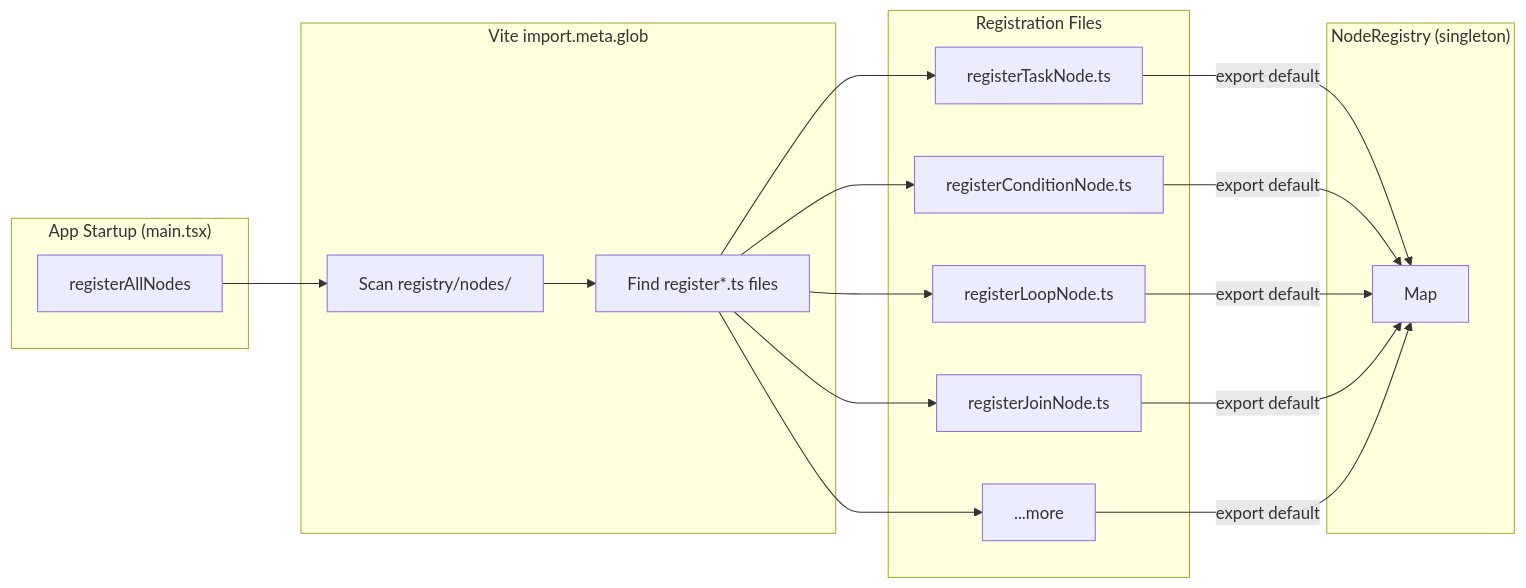
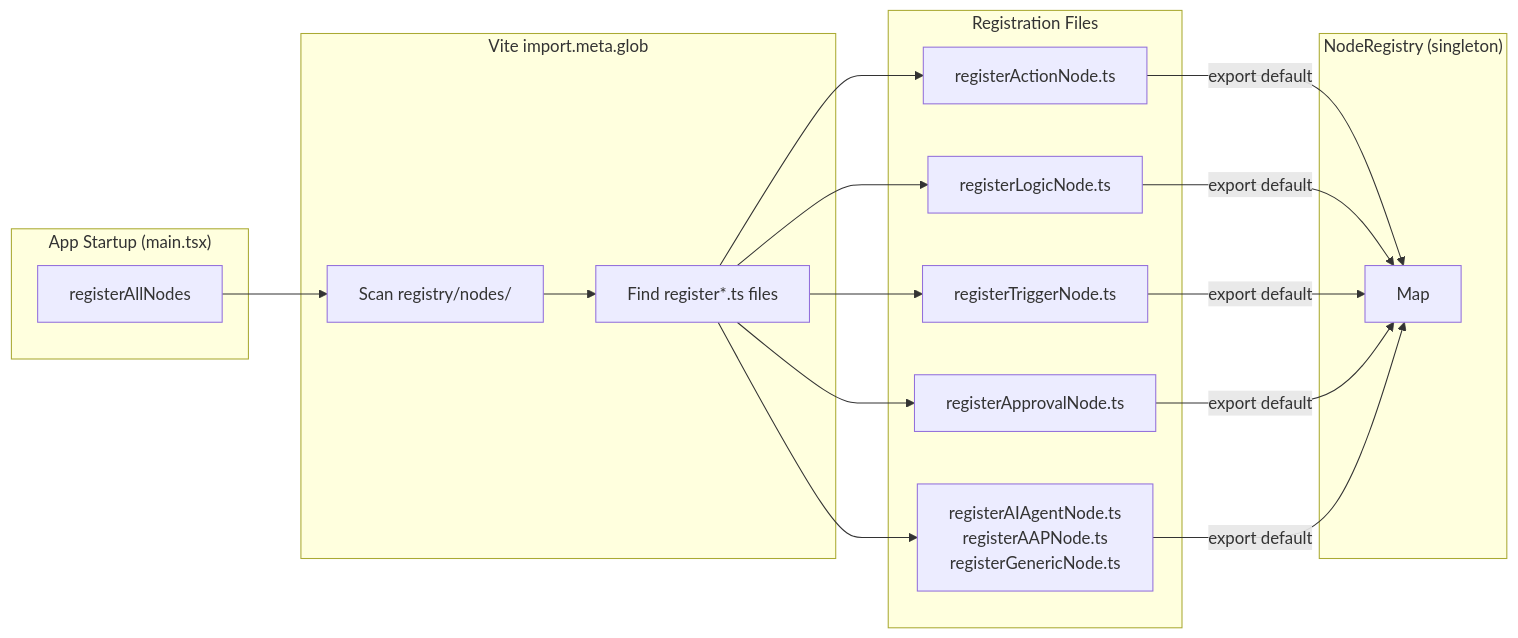
One commit to alinabuzachis/syntara changed the fifth of 19 diagrams in docs/architecture.md. Above: the diagram before and after it, drawn with Mermaid. The commit also changed other lines of this file and 12 other files, not shown here.

````diff
--- a/docs/architecture.md
+++ b/docs/architecture.md
@@ -274,28 +293,28 @@
 ```mermaid
 flowchart LR
   subgraph Startup["App Startup (main.tsx)"]
     A[registerAllNodes]
   end
 
   subgraph Vite["Vite import.meta.glob"]
     B["Scan registry/nodes/"]
     C["Find register*.ts files"]
   end
 
   subgraph Files["Registration Files"]
-    D[registerTaskNode.ts]
-    E[registerConditionNode.ts]
-    F[registerLoopNode.ts]
-    G[registerJoinNode.ts]
-    H["...more"]
+    D[registerActionNode.ts]
+    E[registerLogicNode.ts]
+    F[registerTriggerNode.ts]
+    G[registerApprovalNode.ts]
+    H["registerAIAgentNode.ts<br/>registerAAPNode.ts<br/>registerGenericNode.ts"]
   end
 
   subgraph Registry["NodeRegistry (singleton)"]
     I["Map<id, NodeDefinition>"]
   end
 
   A --> B
   B --> C
   C --> D & E & F & G & H
   D & E & F & G & H -->|"export default"| I
 ```
````
